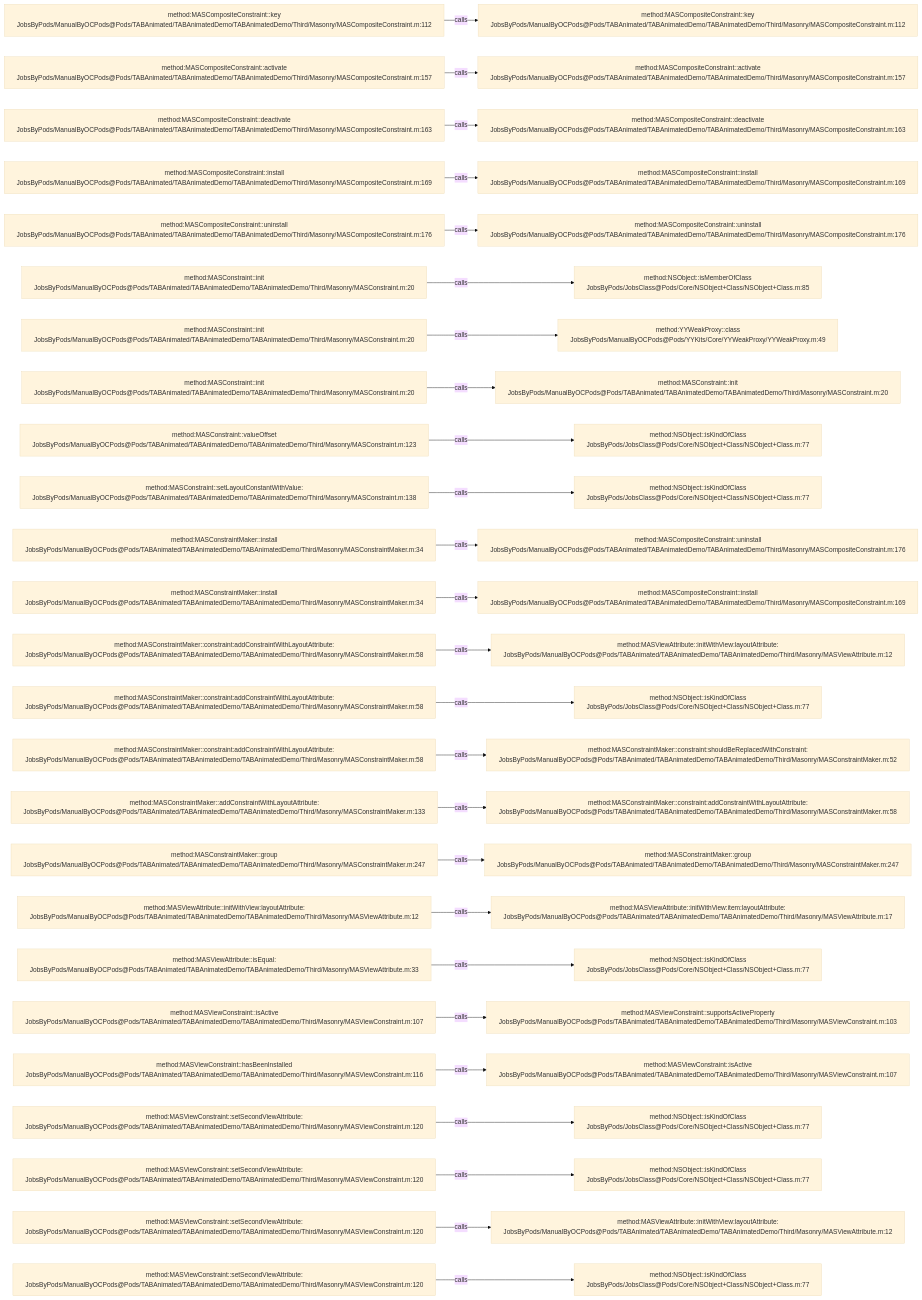
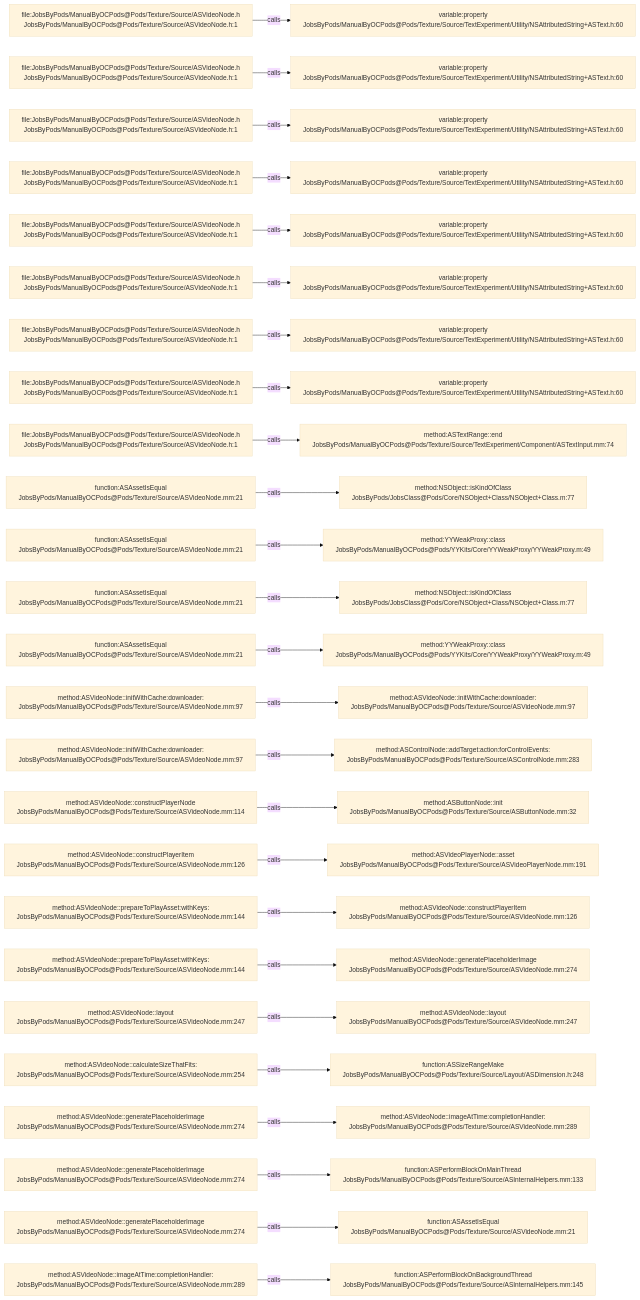
One commit to JobsKits/JobsOCBaseConfigDemo changed the diagram in .codegraph/codegraph.md/graphs/calls-150.md. Above: the diagram before and after it, drawn with Mermaid (base theme). The commit also changed 2162 other files, not shown here.

````diff
--- a/.codegraph/codegraph.md/graphs/calls-150.md
+++ b/.codegraph/codegraph.md/graphs/calls-150.md
@@ -13,78 +13,78 @@
 ```mermaid
 flowchart LR
-  S1["method:MASCompositeConstraint::key<br/>JobsByPods/ManualByOCPods@Pods/TABAnimated/TABAnimatedDemo/TABAnimatedDemo/Third/Masonry/MASCompositeConstraint.m:112"]
-  T1["method:MASCompositeConstraint::key<br/>JobsByPods/ManualByOCPods@Pods/TABAnimated/TABAnimatedDemo/TABAnimatedDemo/Third/Masonry/MASCompositeConstraint.m:112"]
+  S1["file:JobsByPods/ManualByOCPods@Pods/Texture/Source/ASVideoNode.h<br/>JobsByPods/ManualByOCPods@Pods/Texture/Source/ASVideoNode.h:1"]
+  T1["variable:property<br/>JobsByPods/ManualByOCPods@Pods/Texture/Source/TextExperiment/Utility/NSAttributedString+ASText.h:60"]
   S1 -->|calls| T1
-  S2["method:MASCompositeConstraint::activate<br/>JobsByPods/ManualByOCPods@Pods/TABAnimated/TABAnimatedDemo/TABAnimatedDemo/Third/Masonry/MASCompositeConstraint.m:157"]
-  T2["method:MASCompositeConstraint::activate<br/>JobsByPods/ManualByOCPods@Pods/TABAnimated/TABAnimatedDemo/TABAnimatedDemo/Third/Masonry/MASCompositeConstraint.m:157"]
+  S2["file:JobsByPods/ManualByOCPods@Pods/Texture/Source/ASVideoNode.h<br/>JobsByPods/ManualByOCPods@Pods/Texture/Source/ASVideoNode.h:1"]
+  T2["variable:property<br/>JobsByPods/ManualByOCPods@Pods/Texture/Source/TextExperiment/Utility/NSAttributedString+ASText.h:60"]
   S2 -->|calls| T2
-  S3["method:MASCompositeConstraint::deactivate<br/>JobsByPods/ManualByOCPods@Pods/TABAnimated/TABAnimatedDemo/TABAnimatedDemo/Third/Masonry/MASCompositeConstraint.m:163"]
-  T3["method:MASCompositeConstraint::deactivate<br/>JobsByPods/ManualByOCPods@Pods/TABAnimated/TABAnimatedDemo/TABAnimatedDemo/Third/Masonry/MASCompositeConstraint.m:163"]
+  S3["file:JobsByPods/ManualByOCPods@Pods/Texture/Source/ASVideoNode.h<br/>JobsByPods/ManualByOCPods@Pods/Texture/Source/ASVideoNode.h:1"]
+  T3["variable:property<br/>JobsByPods/ManualByOCPods@Pods/Texture/Source/TextExperiment/Utility/NSAttributedString+ASText.h:60"]
   S3 -->|calls| T3
-  S4["method:MASCompositeConstraint::install<br/>JobsByPods/ManualByOCPods@Pods/TABAnimated/TABAnimatedDemo/TABAnimatedDemo/Third/Masonry/MASCompositeConstraint.m:169"]
-  T4["method:MASCompositeConstraint::install<br/>JobsByPods/ManualByOCPods@Pods/TABAnimated/TABAnimatedDemo/TABAnimatedDemo/Third/Masonry/MASCompositeConstraint.m:169"]
+  S4["file:JobsByPods/ManualByOCPods@Pods/Texture/Source/ASVideoNode.h<br/>JobsByPods/ManualByOCPods@Pods/Texture/Source/ASVideoNode.h:1"]
+  T4["variable:property<br/>JobsByPods/ManualByOCPods@Pods/Texture/Source/TextExperiment/Utility/NSAttributedString+ASText.h:60"]
   S4 -->|calls| T4
-  S5["method:MASCompositeConstraint::uninstall<br/>JobsByPods/ManualByOCPods@Pods/TABAnimated/TABAnimatedDemo/TABAnimatedDemo/Third/Masonry/MASCompositeConstraint.m:176"]
-  T5["method:MASCompositeConstraint::uninstall<br/>JobsByPods/ManualByOCPods@Pods/TABAnimated/TABAnimatedDemo/TABAnimatedDemo/Third/Masonry/MASCompositeConstraint.m:176"]
+  S5["file:JobsByPods/ManualByOCPods@Pods/Texture/Source/ASVideoNode.h<br/>JobsByPods/ManualByOCPods@Pods/Texture/Source/ASVideoNode.h:1"]
+  T5["variable:property<br/>JobsByPods/ManualByOCPods@Pods/Texture/Source/TextExperiment/Utility/NSAttributedString+ASText.h:60"]
   S5 -->|calls| T5
-  S6["method:MASConstraint::init<br/>JobsByPods/ManualByOCPods@Pods/TABAnimated/TABAnimatedDemo/TABAnimatedDemo/Third/Masonry/MASConstraint.m:20"]
-  T6["method:NSObject::isMemberOfClass<br/>JobsByPods/JobsClass@Pods/Core/NSObject+Class/NSObject+Class.m:85"]
+  S6["file:JobsByPods/ManualByOCPods@Pods/Texture/Source/ASVideoNode.h<br/>JobsByPods/ManualByOCPods@Pods/Texture/Source/ASVideoNode.h:1"]
+  T6["variable:property<br/>JobsByPods/ManualByOCPods@Pods/Texture/Source/TextExperiment/Utility/NSAttributedString+ASText.h:60"]
   S6 -->|calls| T6
-  S7["method:MASConstraint::init<br/>JobsByPods/ManualByOCPods@Pods/TABAnimated/TABAnimatedDemo/TABAnimatedDemo/Third/Masonry/MASConstraint.m:20"]
-  T7["method:YYWeakProxy::class<br/>JobsByPods/ManualByOCPods@Pods/YYKits/Core/YYWeakProxy/YYWeakProxy.m:49"]
+  S7["file:JobsByPods/ManualByOCPods@Pods/Texture/Source/ASVideoNode.h<br/>JobsByPods/ManualByOCPods@Pods/Texture/Source/ASVideoNode.h:1"]
+  T7["variable:property<br/>JobsByPods/ManualByOCPods@Pods/Texture/Source/TextExperiment/Utility/NSAttributedString+ASText.h:60"]
   S7 -->|calls| T7
-  S8["method:MASConstraint::init<br/>JobsByPods/ManualByOCPods@Pods/TABAnimated/TABAnimatedDemo/TABAnimatedDemo/Third/Masonry/MASConstraint.m:20"]
-  T8["method:MASConstraint::init<br/>JobsByPods/ManualByOCPods@Pods/TABAnimated/TABAnimatedDemo/TABAnimatedDemo/Third/Masonry/MASConstraint.m:20"]
+  S8["file:JobsByPods/ManualByOCPods@Pods/Texture/Source/ASVideoNode.h<br/>JobsByPods/ManualByOCPods@Pods/Texture/Source/ASVideoNode.h:1"]
+  T8["variable:property<br/>JobsByPods/ManualByOCPods@Pods/Texture/Source/TextExperiment/Utility/NSAttributedString+ASText.h:60"]
   S8 -->|calls| T8
-  S9["method:MASConstraint::valueOffset<br/>JobsByPods/ManualByOCPods@Pods/TABAnimated/TABAnimatedDemo/TABAnimatedDemo/Third/Masonry/MASConstraint.m:123"]
-  T9["method:NSObject::isKindOfClass<br/>JobsByPods/JobsClass@Pods/Core/NSObject+Class/NSObject+Class.m:77"]
+  S9["file:JobsByPods/ManualByOCPods@Pods/Texture/Source/ASVideoNode.h<br/>JobsByPods/ManualByOCPods@Pods/Texture/Source/ASVideoNode.h:1"]
+  T9["method:ASTextRange::end<br/>JobsByPods/ManualByOCPods@Pods/Texture/Source/TextExperiment/Component/ASTextInput.mm:74"]
   S9 -->|calls| T9
-  S10["method:MASConstraint::setLayoutConstantWithValue:<br/>JobsByPods/ManualByOCPods@Pods/TABAnimated/TABAnimatedDemo/TABAnimatedDemo/Third/Masonry/MASConstraint.m:138"]
+  S10["function:ASAssetIsEqual<br/>JobsByPods/ManualByOCPods@Pods/Texture/Source/ASVideoNode.mm:21"]
   T10["method:NSObject::isKindOfClass<br/>JobsByPods/JobsClass@Pods/Core/NSObject+Class/NSObject+Class.m:77"]
   S10 -->|calls| T10
-  S11["method:MASConstraintMaker::install<br/>JobsByPods/ManualByOCPods@Pods/TABAnimated/TABAnimatedDemo/TABAnimatedDemo/Third/Masonry/MASConstraintMaker.m:34"]
-  T11["method:MASCompositeConstraint::uninstall<br/>JobsByPods/ManualByOCPods@Pods/TABAnimated/TABAnimatedDemo/TABAnimatedDemo/Third/Masonry/MASCompositeConstraint.m:176"]
+  S11["function:ASAssetIsEqual<br/>JobsByPods/ManualByOCPods@Pods/Texture/Source/ASVideoNode.mm:21"]
+  T11["method:YYWeakProxy::class<br/>JobsByPods/ManualByOCPods@Pods/YYKits/Core/YYWeakProxy/YYWeakProxy.m:49"]
   S11 -->|calls| T11
-  S12["method:MASConstraintMaker::install<br/>JobsByPods/ManualByOCPods@Pods/TABAnimated/TABAnimatedDemo/TABAnimatedDemo/Third/Masonry/MASConstraintMaker.m:34"]
-  T12["method:MASCompositeConstraint::install<br/>JobsByPods/ManualByOCPods@Pods/TABAnimated/TABAnimatedDemo/TABAnimatedDemo/Third/Masonry/MASCompositeConstraint.m:169"]
+  S12["function:ASAssetIsEqual<br/>JobsByPods/ManualByOCPods@Pods/Texture/Source/ASVideoNode.mm:21"]
+  T12["method:NSObject::isKindOfClass<br/>JobsByPods/JobsClass@Pods/Core/NSObject+Class/NSObject+Class.m:77"]
   S12 -->|calls| T12
-  S13["method:MASConstraintMaker::constraint:addConstraintWithLayoutAttribute:<br/>JobsByPods/ManualByOCPods@Pods/TABAnimated/TABAnimatedDemo/TABAnimatedDemo/Third/Masonry/MASConstraintMaker.m:58"]
-  T13["method:MASViewAttribute::initWithView:layoutAttribute:<br/>JobsByPods/ManualByOCPods@Pods/TABAnimated/TABAnimatedDemo/TABAnimatedDemo/Third/Masonry/MASViewAttribute.m:12"]
+  S13["function:ASAssetIsEqual<br/>JobsByPods/ManualByOCPods@Pods/Texture/Source/ASVideoNode.mm:21"]
+  T13["method:YYWeakProxy::class<br/>JobsByPods/ManualByOCPods@Pods/YYKits/Core/YYWeakProxy/YYWeakProxy.m:49"]
   S13 -->|calls| T13
-  S14["method:MASConstraintMaker::constraint:addConstraintWithLayoutAttribute:<br/>JobsByPods/ManualByOCPods@Pods/TABAnimated/TABAnimatedDemo/TABAnimatedDemo/Third/Masonry/MASConstraintMaker.m:58"]
-  T14["method:NSObject::isKindOfClass<br/>JobsByPods/JobsClass@Pods/Core/NSObject+Class/NSObject+Class.m:77"]
+  S14["method:ASVideoNode::initWithCache:downloader:<br/>JobsByPods/ManualByOCPods@Pods/Texture/Source/ASVideoNode.mm:97"]
+  T14["method:ASVideoNode::initWithCache:downloader:<br/>JobsByPods/ManualByOCPods@Pods/Texture/Source/ASVideoNode.mm:97"]
   S14 -->|calls| T14
-  S15["method:MASConstraintMaker::constraint:addConstraintWithLayoutAttribute:<br/>JobsByPods/ManualByOCPods@Pods/TABAnimated/TABAnimatedDemo/TABAnimatedDemo/Third/Masonry/MASConstraintMaker.m:58"]
-  T15["method:MASConstraintMaker::constraint:shouldBeReplacedWithConstraint:<br/>JobsByPods/ManualByOCPods@Pods/TABAnimated/TABAnimatedDemo/TABAnimatedDemo/Third/Masonry/MASConstraintMaker.m:52"]
+  S15["method:ASVideoNode::initWithCache:downloader:<br/>JobsByPods/ManualByOCPods@Pods/Texture/Source/ASVideoNode.mm:97"]
+  T15["method:ASControlNode::addTarget:action:forControlEvents:<br/>JobsByPods/ManualByOCPods@Pods/Texture/Source/ASControlNode.mm:283"]
   S15 -->|calls| T15
-  S16["method:MASConstraintMaker::addConstraintWithLayoutAttribute:<br/>JobsByPods/ManualByOCPods@Pods/TABAnimated/TABAnimatedDemo/TABAnimatedDemo/Third/Masonry/MASConstraintMaker.m:133"]
-  T16["method:MASConstraintMaker::constraint:addConstraintWithLayoutAttribute:<br/>JobsByPods/ManualByOCPods@Pods/TABAnimated/TABAnimatedDemo/TABAnimatedDemo/Third/Masonry/MASConstraintMaker.m:58"]
+  S16["method:ASVideoNode::constructPlayerNode<br/>JobsByPods/ManualByOCPods@Pods/Texture/Source/ASVideoNode.mm:114"]
+  T16["method:ASButtonNode::init<br/>JobsByPods/ManualByOCPods@Pods/Texture/Source/ASButtonNode.mm:32"]
   S16 -->|calls| T16
-  S17["method:MASConstraintMaker::group<br/>JobsByPods/ManualByOCPods@Pods/TABAnimated/TABAnimatedDemo/TABAnimatedDemo/Third/Masonry/MASConstraintMaker.m:247"]
-  T17["method:MASConstraintMaker::group<br/>JobsByPods/ManualByOCPods@Pods/TABAnimated/TABAnimatedDemo/TABAnimatedDemo/Third/Masonry/MASConstraintMaker.m:247"]
+  S17["method:ASVideoNode::constructPlayerItem<br/>JobsByPods/ManualByOCPods@Pods/Texture/Source/ASVideoNode.mm:126"]
+  T17["method:ASVideoPlayerNode::asset<br/>JobsByPods/ManualByOCPods@Pods/Texture/Source/ASVideoPlayerNode.mm:191"]
   S17 -->|calls| T17
-  S18["method:MASViewAttribute::initWithView:layoutAttribute:<br/>JobsByPods/ManualByOCPods@Pods/TABAnimated/TABAnimatedDemo/TABAnimatedDemo/Third/Masonry/MASViewAttribute.m:12"]
-  T18["method:MASViewAttribute::initWithView:item:layoutAttribute:<br/>JobsByPods/ManualByOCPods@Pods/TABAnimated/TABAnimatedDemo/TABAnimatedDemo/Third/Masonry/MASViewAttribute.m:17"]
+  S18["method:ASVideoNode::prepareToPlayAsset:withKeys:<br/>JobsByPods/ManualByOCPods@Pods/Texture/Source/ASVideoNode.mm:144"]
+  T18["method:ASVideoNode::constructPlayerItem<br/>JobsByPods/ManualByOCPods@Pods/Texture/Source/ASVideoNode.mm:126"]
   S18 -->|calls| T18
-  S19["method:MASViewAttribute::isEqual:<br/>JobsByPods/ManualByOCPods@Pods/TABAnimated/TABAnimatedDemo/TABAnimatedDemo/Third/Masonry/MASViewAttribute.m:33"]
-  T19["method:NSObject::isKindOfClass<br/>JobsByPods/JobsClass@Pods/Core/NSObject+Class/NSObject+Class.m:77"]
+  S19["method:ASVideoNode::prepareToPlayAsset:withKeys:<br/>JobsByPods/ManualByOCPods@Pods/Texture/Source/ASVideoNode.mm:144"]
+  T19["method:ASVideoNode::generatePlaceholderImage<br/>JobsByPods/ManualByOCPods@Pods/Texture/Source/ASVideoNode.mm:274"]
   S19 -->|calls| T19
-  S20["method:MASViewConstraint::isActive<br/>JobsByPods/ManualByOCPods@Pods/TABAnimated/TABAnimatedDemo/TABAnimatedDemo/Third/Masonry/MASViewConstraint.m:107"]
-  T20["method:MASViewConstraint::supportsActiveProperty<br/>JobsByPods/ManualByOCPods@Pods/TABAnimated/TABAnimatedDemo/TABAnimatedDemo/Third/Masonry/MASViewConstraint.m:103"]
+  S20["method:ASVideoNode::layout<br/>JobsByPods/ManualByOCPods@Pods/Texture/Source/ASVideoNode.mm:247"]
+  T20["method:ASVideoNode::layout<br/>JobsByPods/ManualByOCPods@Pods/Texture/Source/ASVideoNode.mm:247"]
   S20 -->|calls| T20
-  S21["method:MASViewConstraint::hasBeenInstalled<br/>JobsByPods/ManualByOCPods@Pods/TABAnimated/TABAnimatedDemo/TABAnimatedDemo/Third/Masonry/MASViewConstraint.m:116"]
-  T21["method:MASViewConstraint::isActive<br/>JobsByPods/ManualByOCPods@Pods/TABAnimated/TABAnimatedDemo/TABAnimatedDemo/Third/Masonry/MASViewConstraint.m:107"]
+  S21["method:ASVideoNode::calculateSizeThatFits:<br/>JobsByPods/ManualByOCPods@Pods/Texture/Source/ASVideoNode.mm:254"]
+  T21["function:ASSizeRangeMake<br/>JobsByPods/ManualByOCPods@Pods/Texture/Source/Layout/ASDimension.h:248"]
   S21 -->|calls| T21
-  S22["method:MASViewConstraint::setSecondViewAttribute:<br/>JobsByPods/ManualByOCPods@Pods/TABAnimated/TABAnimatedDemo/TABAnimatedDemo/Third/Masonry/MASViewConstraint.m:120"]
-  T22["method:NSObject::isKindOfClass<br/>JobsByPods/JobsClass@Pods/Core/NSObject+Class/NSObject+Class.m:77"]
+  S22["method:ASVideoNode::generatePlaceholderImage<br/>JobsByPods/ManualByOCPods@Pods/Texture/Source/ASVideoNode.mm:274"]
+  T22["method:ASVideoNode::imageAtTime:completionHandler:<br/>JobsByPods/ManualByOCPods@Pods/Texture/Source/ASVideoNode.mm:289"]
   S22 -->|calls| T22
-  S23["method:MASViewConstraint::setSecondViewAttribute:<br/>JobsByPods/ManualByOCPods@Pods/TABAnimated/TABAnimatedDemo/TABAnimatedDemo/Third/Masonry/MASViewConstraint.m:120"]
-  T23["method:NSObject::isKindOfClass<br/>JobsByPods/JobsClass@Pods/Core/NSObject+Class/NSObject+Class.m:77"]
+  S23["method:ASVideoNode::generatePlaceholderImage<br/>JobsByPods/ManualByOCPods@Pods/Texture/Source/ASVideoNode.mm:274"]
+  T23["function:ASPerformBlockOnMainThread<br/>JobsByPods/ManualByOCPods@Pods/Texture/Source/ASInternalHelpers.mm:133"]
   S23 -->|calls| T23
-  S24["method:MASViewConstraint::setSecondViewAttribute:<br/>JobsByPods/ManualByOCPods@Pods/TABAnimated/TABAnimatedDemo/TABAnimatedDemo/Third/Masonry/MASViewConstraint.m:120"]
-  T24["method:MASViewAttribute::initWithView:layoutAttribute:<br/>JobsByPods/ManualByOCPods@Pods/TABAnimated/TABAnimatedDemo/TABAnimatedDemo/Third/Masonry/MASViewAttribute.m:12"]
+  S24["method:ASVideoNode::generatePlaceholderImage<br/>JobsByPods/ManualByOCPods@Pods/Texture/Source/ASVideoNode.mm:274"]
+  T24["function:ASAssetIsEqual<br/>JobsByPods/ManualByOCPods@Pods/Texture/Source/ASVideoNode.mm:21"]
   S24 -->|calls| T24
-  S25["method:MASViewConstraint::setSecondViewAttribute:<br/>JobsByPods/ManualByOCPods@Pods/TABAnimated/TABAnimatedDemo/TABAnimatedDemo/Third/Masonry/MASViewConstraint.m:120"]
-  T25["method:NSObject::isKindOfClass<br/>JobsByPods/JobsClass@Pods/Core/NSObject+Class/NSObject+Class.m:77"]
+  S25["method:ASVideoNode::imageAtTime:completionHandler:<br/>JobsByPods/ManualByOCPods@Pods/Texture/Source/ASVideoNode.mm:289"]
+  T25["function:ASPerformBlockOnBackgroundThread<br/>JobsByPods/ManualByOCPods@Pods/Texture/Source/ASInternalHelpers.mm:145"]
   S25 -->|calls| T25
 ```
````
